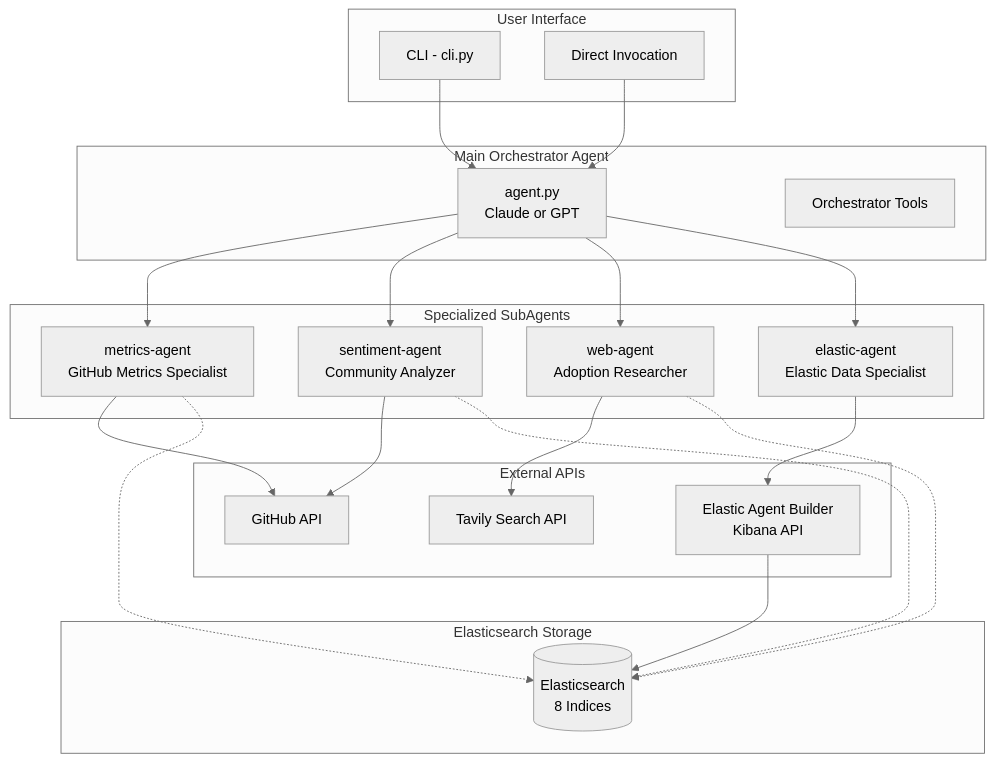
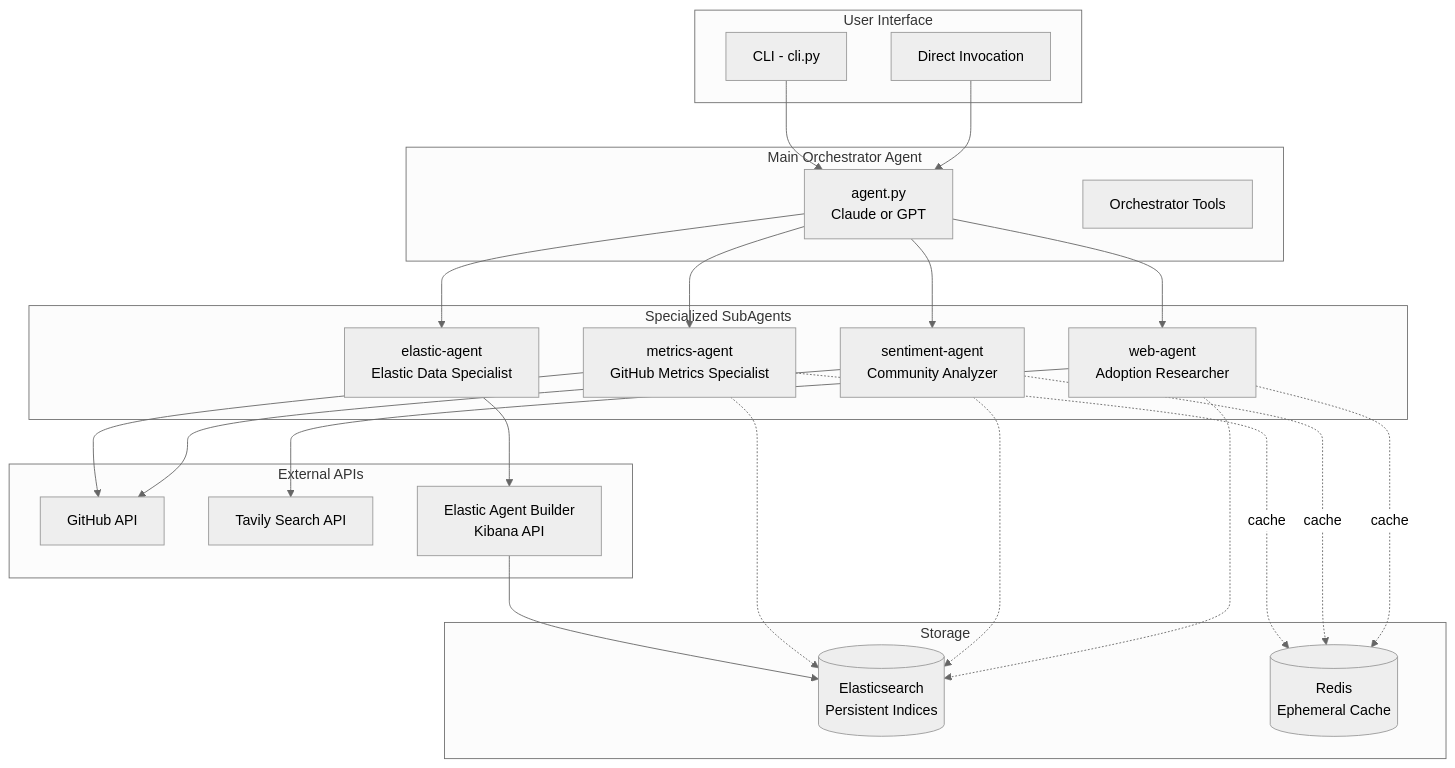
Before and after one commit to justincastilla/DevRel-DeepAgent: the first of 4 diagrams in README.md, drawn with Mermaid (neutral theme). The commit also changed other lines of this file and 22 other files, not shown here.

````diff
--- a/README.md
+++ b/README.md
@@ -20,47 +20,52 @@
 ```mermaid
 flowchart TB
     subgraph User["User Interface"]
         CLI[CLI - cli.py]
         Direct[Direct Invocation]
     end
 
     subgraph Orchestrator["Main Orchestrator Agent"]
         Main[agent.py<br/>Claude or GPT]
         MainTools[Orchestrator Tools]
     end
 
     subgraph SubAgents["Specialized SubAgents"]
         Metrics[metrics-agent<br/>GitHub Metrics Specialist]
         Sentiment[sentiment-agent<br/>Community Analyzer]
         Web[web-agent<br/>Adoption Researcher]
         Elastic[elastic-agent<br/>Elastic Data Specialist]
     end
 
     subgraph ExternalAPIs["External APIs"]
         GitHub[GitHub API]
         Tavily[Tavily Search API]
         ElasticAgent[Elastic Agent Builder<br/>Kibana API]
     end
 
-    subgraph Storage["Elasticsearch Storage"]
-        ES[(Elasticsearch<br/>8 Indices)]
+    subgraph Storage["Storage"]
+        ES[(Elasticsearch<br/>Persistent Indices)]
+        Redis[(Redis<br/>Ephemeral Cache)]
     end
 
     CLI --> Main
     Direct --> Main
 
     Main --> Metrics
     Main --> Sentiment
     Main --> Web
     Main --> Elastic
 
     Metrics --> GitHub
     Sentiment --> GitHub
     Web --> Tavily
     Elastic --> ElasticAgent
 
     ElasticAgent --> ES
     Metrics -.-> ES
     Sentiment -.-> ES
     Web -.-> ES
+
+    Metrics -.->|cache| Redis
+    Sentiment -.->|cache| Redis
+    Web -.->|cache| Redis
 ```
````
